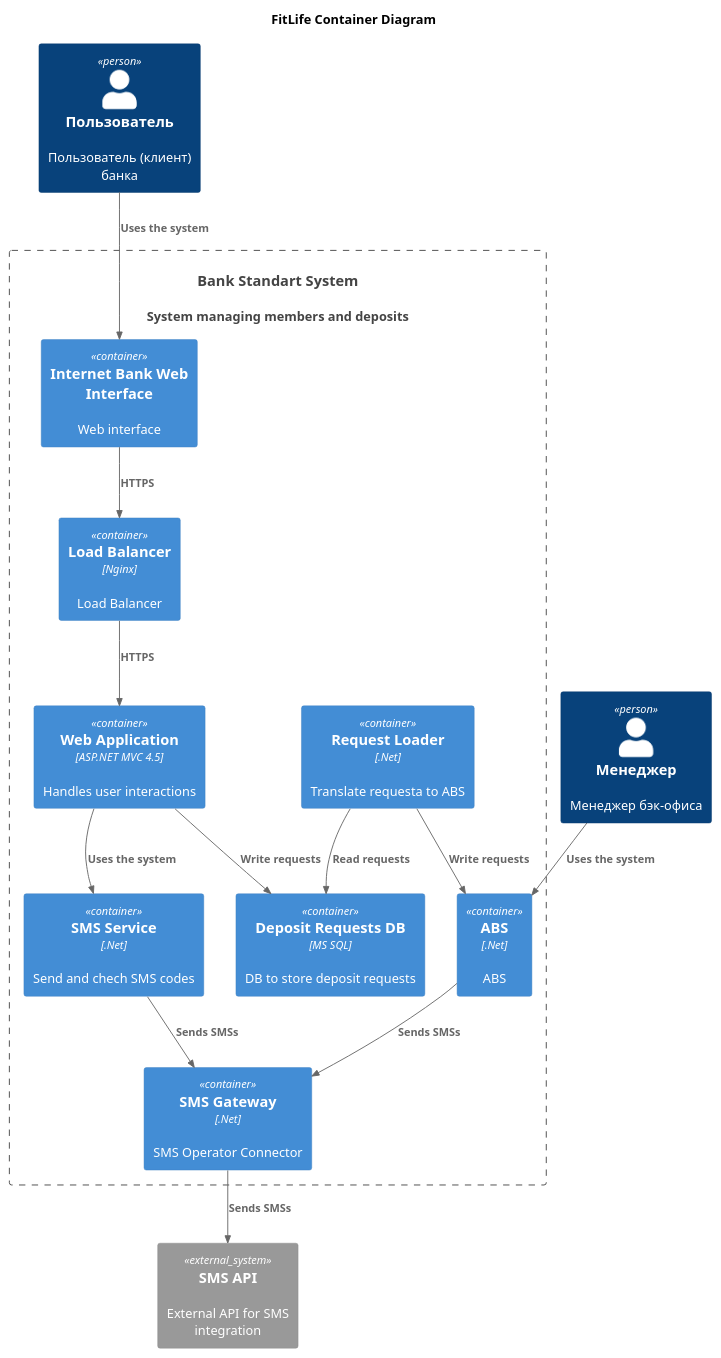
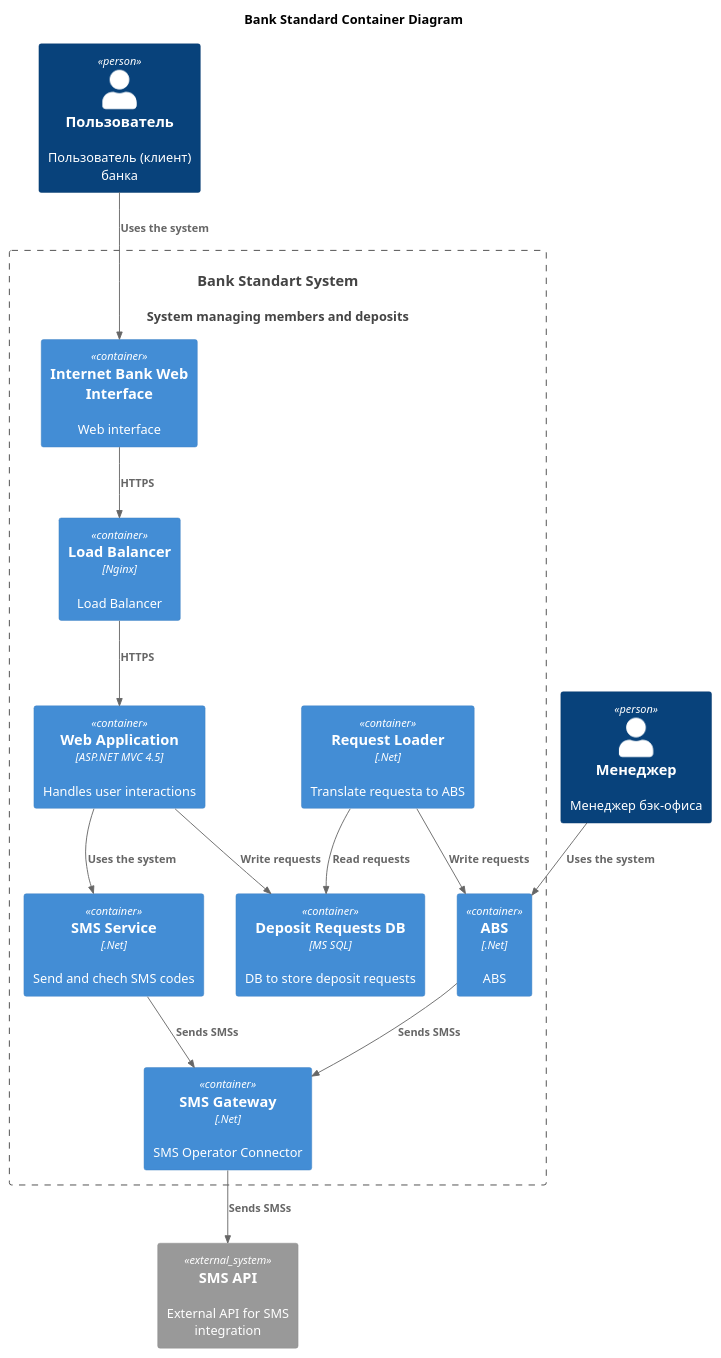
Before and after one commit to yailiaya/yp-architecture-standart: the diagram in Task3/ToBe_StandartBank_Container.puml, drawn with PlantUML. The commit also changed 1 other file, not shown here.

```diff
--- a/Task3/ToBe_StandartBank_Container.puml
+++ b/Task3/ToBe_StandartBank_Container.puml
@@ -1,38 +1,38 @@
 @startuml
-title FitLife Container Diagram
+title Bank Standard Container Diagram
 
 top to bottom direction
 
 !includeurl https://raw.githubusercontent.com/RicardoNiepel/C4-PlantUML/master/C4_Component.puml
 
 Person(user, "Пользователь", "Пользователь (клиент) банка")
 Person(manager, "Менеджер", "Менеджер бэк-офиса")
 
 System(StandartBankSystem, "Bank Standart System", "System managing members and deposits")
 
 Container_Boundary(StandartBankSystem, "Standart Bank System") {
   Container(WebFrontApp, "Internet Bank Web Interface", "", "Web interface")
   Container(LoadBalancer, "Load Balancer", "Nginx", "Load Balancer")
   Container(WebApp, "Web Application", "ASP.NET MVC 4.5", "Handles user interactions")
   Container(SMSService, "SMS Service", ".Net", "Send and chech SMS codes")
   Container(SMSGateway, "SMS Gateway", ".Net", "SMS Operator Connector")
   Container(DepositRequestDB, "Deposit Requests DB", "MS SQL", "DB to store deposit requests")
   Container(RequestsLoader, "Request Loader", ".Net", "Translate requesta to ABS")
   Container(ABS, "ABS", ".Net", "ABS")
 }
 
 System_Ext(sms_operator, "SMS API", "External API for SMS integration")
 
 Rel(user, WebFrontApp, "Uses the system")
 Rel(manager, ABS, "Uses the system")
 Rel(WebFrontApp, LoadBalancer, "HTTPS")
 Rel(LoadBalancer, WebApp, "HTTPS")
 Rel(WebApp, SMSService, "Uses the system")
 Rel(WebApp, DepositRequestDB, "Write requests")
 Rel(RequestsLoader, DepositRequestDB, "Read requests")
 Rel(RequestsLoader, ABS, "Write requests")
 Rel(SMSService, SMSGateway, "Sends SMSs")
 Rel(SMSGateway, sms_operator, "Sends SMSs")
 Rel(ABS, SMSGateway, "Sends SMSs")
 
 @enduml
```
